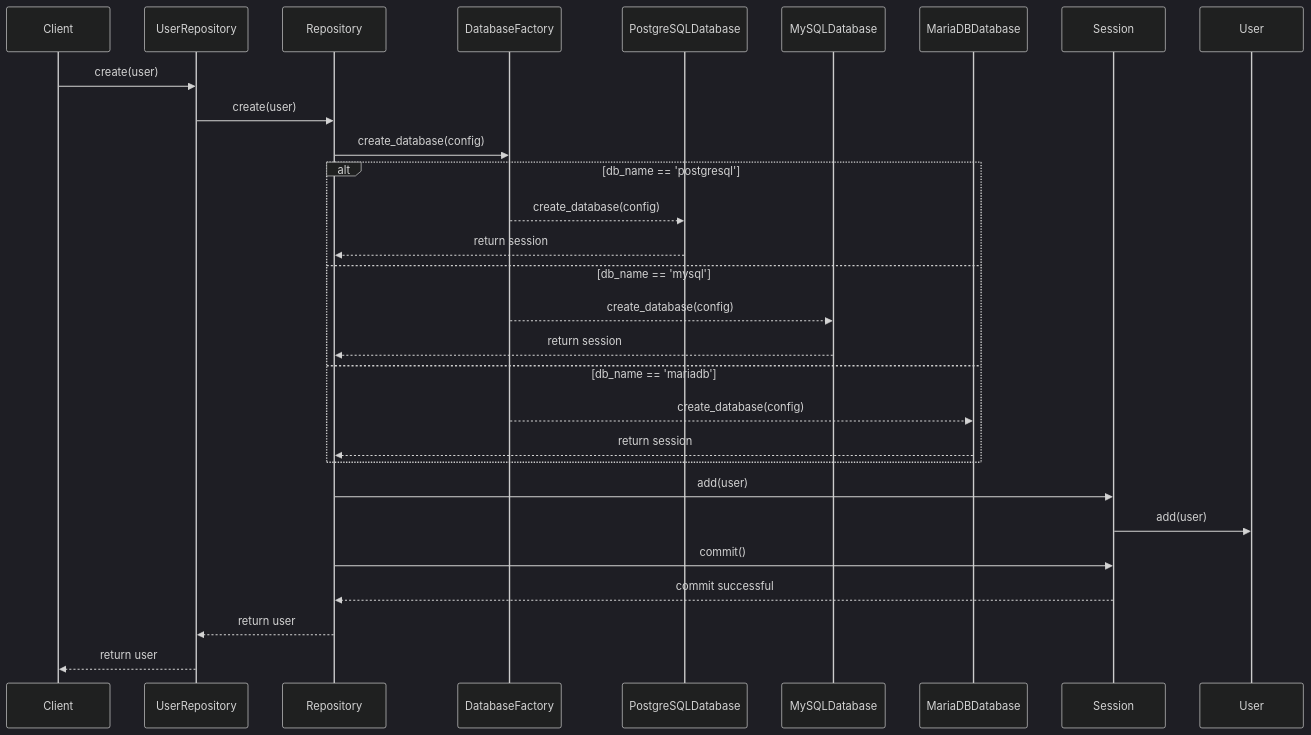
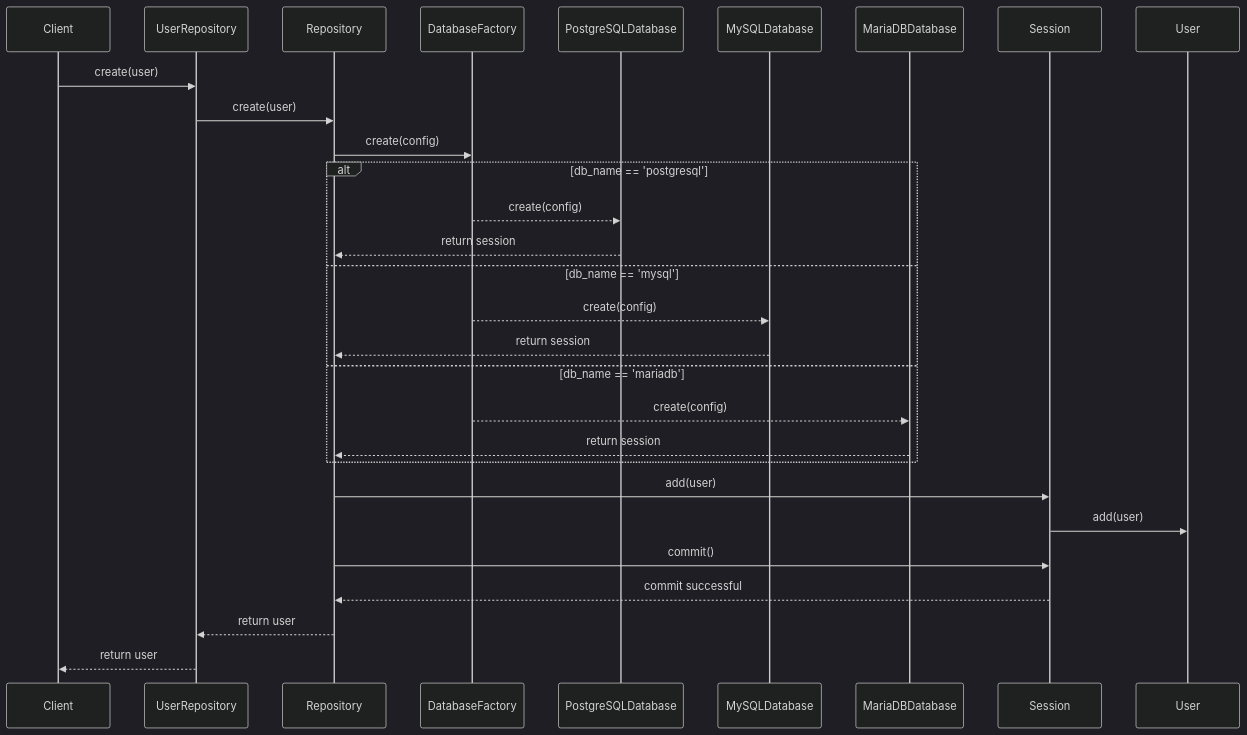
The second of 2 diagrams in README.md (dellius-alexander/CRUDRepository), drawn with Mermaid (dark theme) before and after one commit. The commit also changed other lines of this file and 28 other files, not shown here.

````diff
--- a/README.md
+++ b/README.md
@@ -112,31 +112,31 @@
 ```mermaid
 sequenceDiagram
     participant Client
     participant UserRepository
     participant Repository
     participant DatabaseFactory
     participant PostgreSQLDatabase
     participant MySQLDatabase
     participant MariaDBDatabase
     participant Session
     participant User
     Client->>UserRepository: create(user)
     UserRepository->>Repository: create(user)
-    Repository->>DatabaseFactory: create_database(config)
+    Repository->>DatabaseFactory: create(config)
     alt db_name == 'postgresql'
-        DatabaseFactory-->>PostgreSQLDatabase: create_database(config)
+        DatabaseFactory-->>PostgreSQLDatabase: create(config)
         PostgreSQLDatabase-->>Repository: return session
     else db_name == 'mysql'
-        DatabaseFactory-->>MySQLDatabase: create_database(config)
+        DatabaseFactory-->>MySQLDatabase: create(config)
         MySQLDatabase-->>Repository: return session
     else db_name == 'mariadb'
-        DatabaseFactory-->>MariaDBDatabase: create_database(config)
+        DatabaseFactory-->>MariaDBDatabase: create(config)
         MariaDBDatabase-->>Repository: return session
     end
     Repository->>Session: add(user)
     Session->>User: add(user)
     Repository->>Session: commit()
     Session-->>Repository: commit successful
     Repository-->>UserRepository: return user
     UserRepository-->>Client: return user
 ```
````
